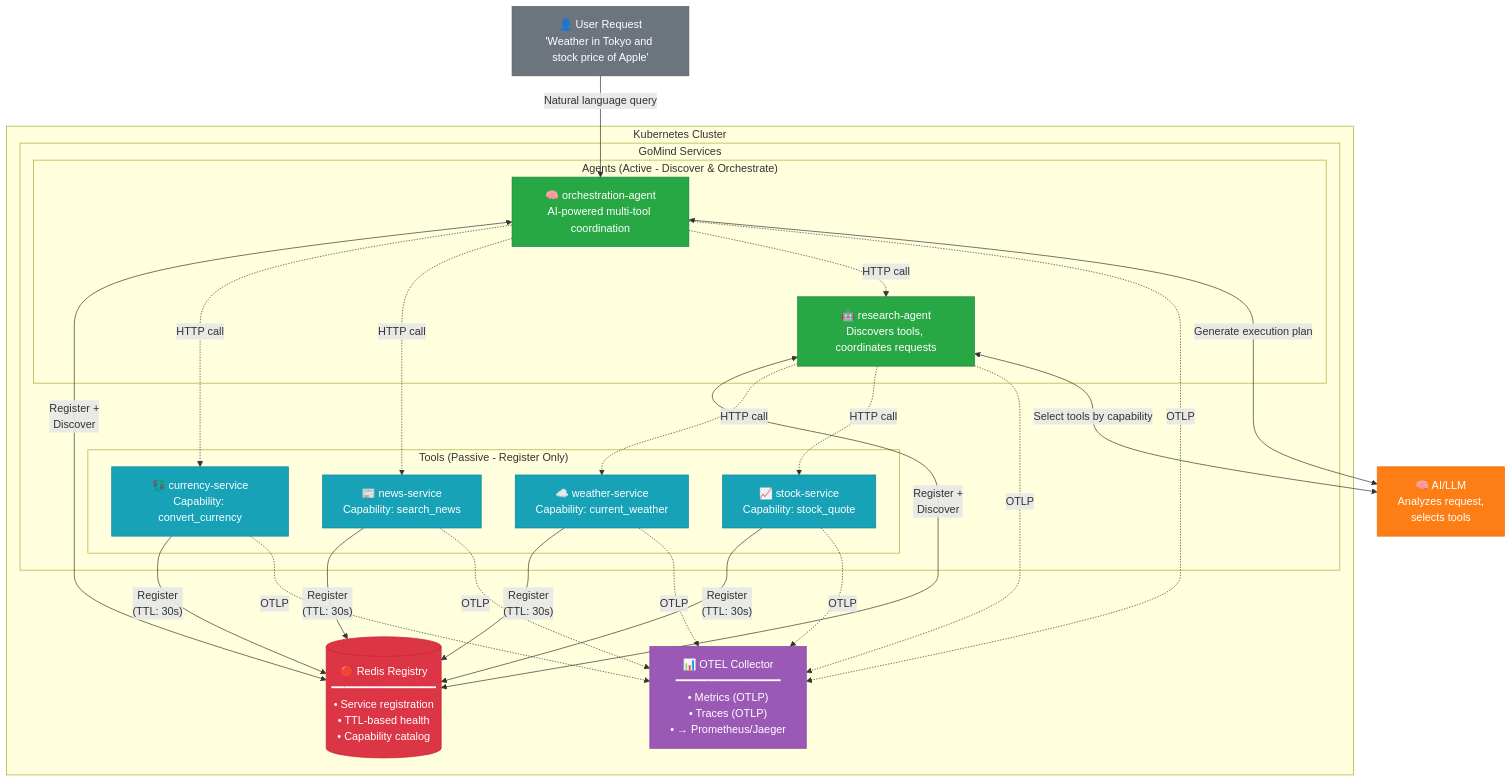
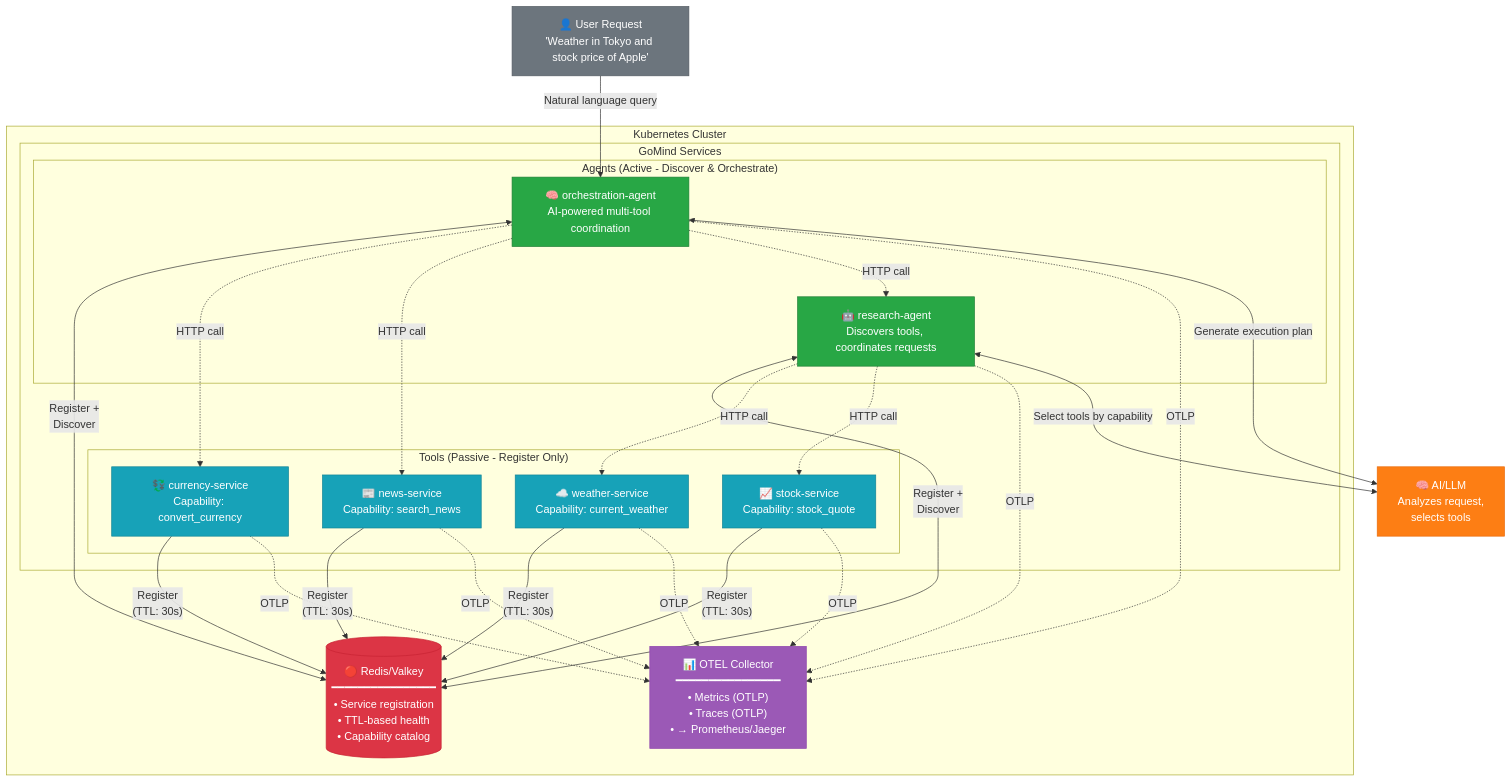
One commit to itsneelabh/gomind changed the first of 2 diagrams in README.md. Above: the diagram before and after it, drawn with Mermaid. The commit also changed other lines of this file and 3 other files, not shown here.

````diff
--- a/README.md
+++ b/README.md
@@ -446,67 +475,67 @@
 ```mermaid
 flowchart TB
     subgraph K8s["Kubernetes Cluster"]
         subgraph Services["GoMind Services"]
             subgraph Tools["Tools (Passive - Register Only)"]
                 WT["☁️ weather-service<br/>Capability: current_weather"]
                 ST["📈 stock-service<br/>Capability: stock_quote"]
                 CT["💱 currency-service<br/>Capability: convert_currency"]
                 NT["📰 news-service<br/>Capability: search_news"]
             end
 
             subgraph Agents["Agents (Active - Discover & Orchestrate)"]
                 RA["🤖 research-agent<br/>Discovers tools, coordinates requests"]
                 OA["🧠 orchestration-agent<br/>AI-powered multi-tool coordination"]
             end
         end
 
-        Redis[("🔴 Redis Registry<br/>━━━━━━━━━━━━━━━━<br/>• Service registration<br/>• TTL-based health<br/>• Capability catalog")]
+        Redis[("🔴 Redis/Valkey<br/>━━━━━━━━━━━━━━━━<br/>• Service registration<br/>• TTL-based health<br/>• Capability catalog")]
 
         OTEL["📊 OTEL Collector<br/>━━━━━━━━━━━━━━━━<br/>• Metrics (OTLP)<br/>• Traces (OTLP)<br/>• → Prometheus/Jaeger"]
 
         %% Tools can ONLY register (one-way arrow)
         WT -->|"Register<br/>(TTL: 30s)"| Redis
         ST -->|"Register<br/>(TTL: 30s)"| Redis
         CT -->|"Register<br/>(TTL: 30s)"| Redis
         NT -->|"Register<br/>(TTL: 30s)"| Redis
 
         %% Agents can discover AND register (two-way)
         RA <-->|"Register +<br/>Discover"| Redis
         OA <-->|"Register +<br/>Discover"| Redis
 
         %% Agent-to-Tool communication (always HTTP)
         RA -.->|"HTTP call"| WT
         RA -.->|"HTTP call"| ST
         OA -.->|"HTTP call"| CT
         OA -.->|"HTTP call"| NT
 
         %% Agent-to-Agent communication
         OA -.->|"HTTP call"| RA
 
         %% Telemetry from all services to OTEL Collector
         WT -.->|"OTLP"| OTEL
         ST -.->|"OTLP"| OTEL
         CT -.->|"OTLP"| OTEL
         NT -.->|"OTLP"| OTEL
         RA -.->|"OTLP"| OTEL
         OA -.->|"OTLP"| OTEL
     end
 
     User["👤 User Request<br/>'Weather in Tokyo and stock price of Apple'"]
     AI["🧠 AI/LLM<br/>Analyzes request,<br/>selects tools"]
 
     User -->|"Natural language query"| OA
     RA <-->|"Select tools by capability"| AI
     OA <-->|"Generate execution plan"| AI
 
     style Redis fill:#dc3545,stroke:#c82333,color:#fff
     style OTEL fill:#9b59b6,stroke:#8e44ad,color:#fff
     style WT fill:#17a2b8,stroke:#138496,color:#fff
     style ST fill:#17a2b8,stroke:#138496,color:#fff
     style CT fill:#17a2b8,stroke:#138496,color:#fff
     style NT fill:#17a2b8,stroke:#138496,color:#fff
     style RA fill:#28a745,stroke:#1e7e34,color:#fff
     style OA fill:#28a745,stroke:#1e7e34,color:#fff
     style User fill:#6c757d,stroke:#545b62,color:#fff
     style AI fill:#fd7e14,stroke:#e96b0c,color:#fff
 ```
````
